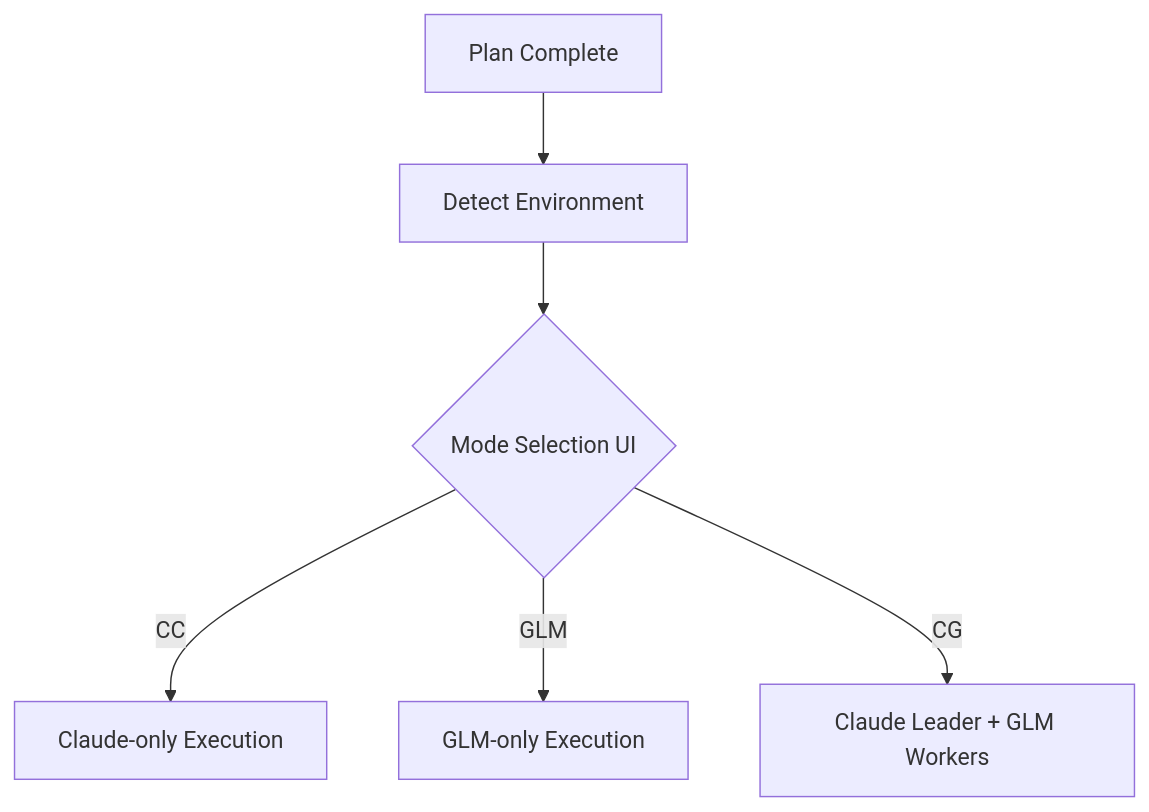
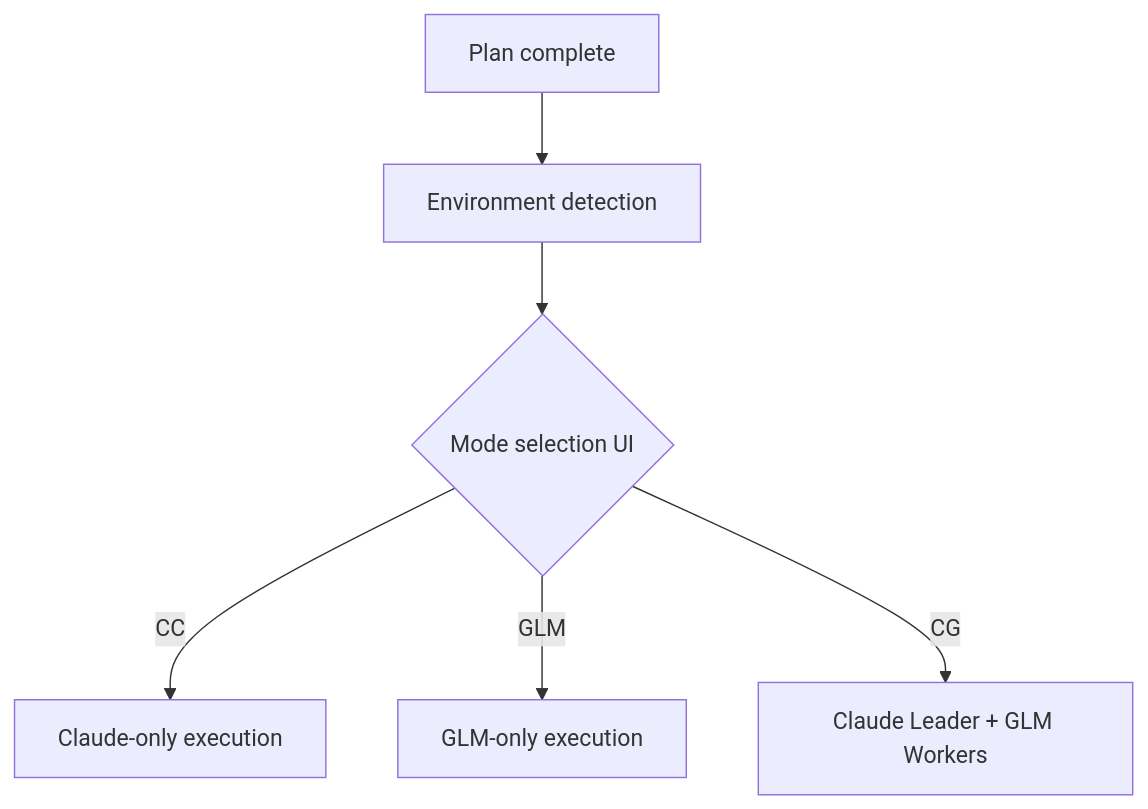
The fifth of 5 diagrams in docs-site/content/en/core-concepts/what-is-moai-adk.md (modu-ai/moai-adk), drawn with Mermaid before and after one commit. The commit also changed other lines of this file and 395 other files, not shown here.

````diff
--- a/docs-site/content/en/core-concepts/what-is-moai-adk.md
+++ b/docs-site/content/en/core-concepts/what-is-moai-adk.md
@@ -334,8 +375,8 @@
 ```mermaid
 flowchart TD
-    A["Plan Complete"] --> B["Detect Environment"]
-    B --> C{"Mode Selection UI"}
-    C -->|"CC"| D["Claude-only Execution"]
-    C -->|"GLM"| E["GLM-only Execution"]
+    A["Plan complete"] --> B["Environment detection"]
+    B --> C{"Mode selection UI"}
+    C -->|"CC"| D["Claude-only execution"]
+    C -->|"GLM"| E["GLM-only execution"]
     C -->|"CG"| F["Claude Leader + GLM Workers"]
 ```
````
